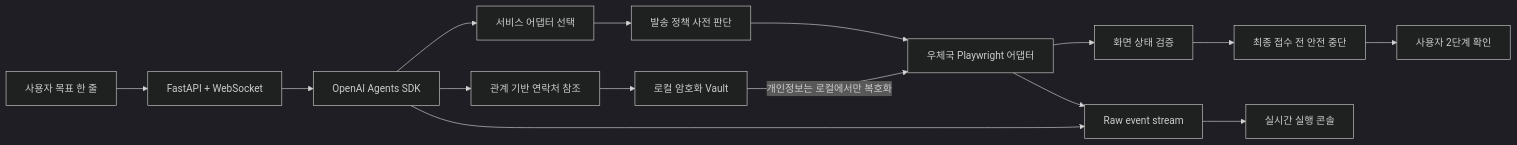
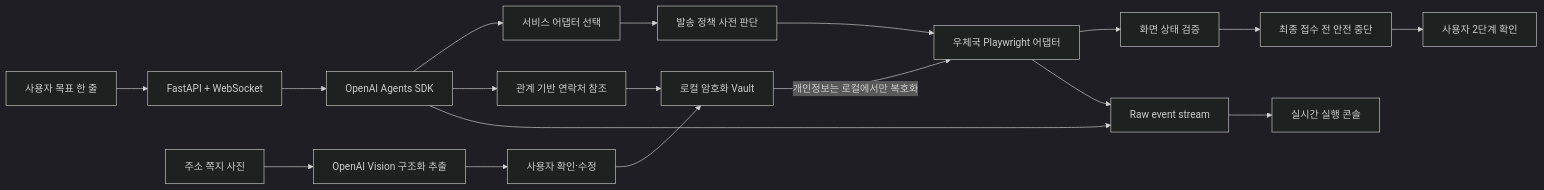
The diagram in README.md (mov-hyun/ddak-one-line), drawn with Mermaid (dark theme) before and after one commit. The commit also changed other lines of this file, not shown here.

Commit message:
Document address note OCR flow

````diff
--- a/README.md
+++ b/README.md
@@ -11,17 +11,20 @@
 ```mermaid
 flowchart LR
     U["사용자 목표 한 줄"] --> API["FastAPI + WebSocket"]
+    PHOTO["주소 쪽지 사진"] --> OCR["OpenAI Vision 구조화 추출"]
+    OCR --> REVIEW["사용자 확인·수정"]
+    REVIEW --> VAULT
     API --> AGENT["OpenAI Agents SDK"]
     AGENT --> ROUTE["서비스 어댑터 선택"]
     ROUTE --> POLICY["발송 정책 사전 판단"]
     AGENT --> REF["관계 기반 연락처 참조"]
     REF --> VAULT["로컬 암호화 Vault"]
     POLICY --> ADAPTER["우체국 Playwright 어댑터"]
     VAULT -->|"개인정보는 로컬에서만 복호화"| ADAPTER
     ADAPTER --> VERIFY["화면 상태 검증"]
     VERIFY --> STOP["최종 접수 전 안전 중단"]
     STOP --> USER["사용자 2단계 확인"]
     AGENT --> EVENTS["Raw event stream"]
     ADAPTER --> EVENTS
     EVENTS --> CONSOLE["실시간 실행 콘솔"]
 ```
````
